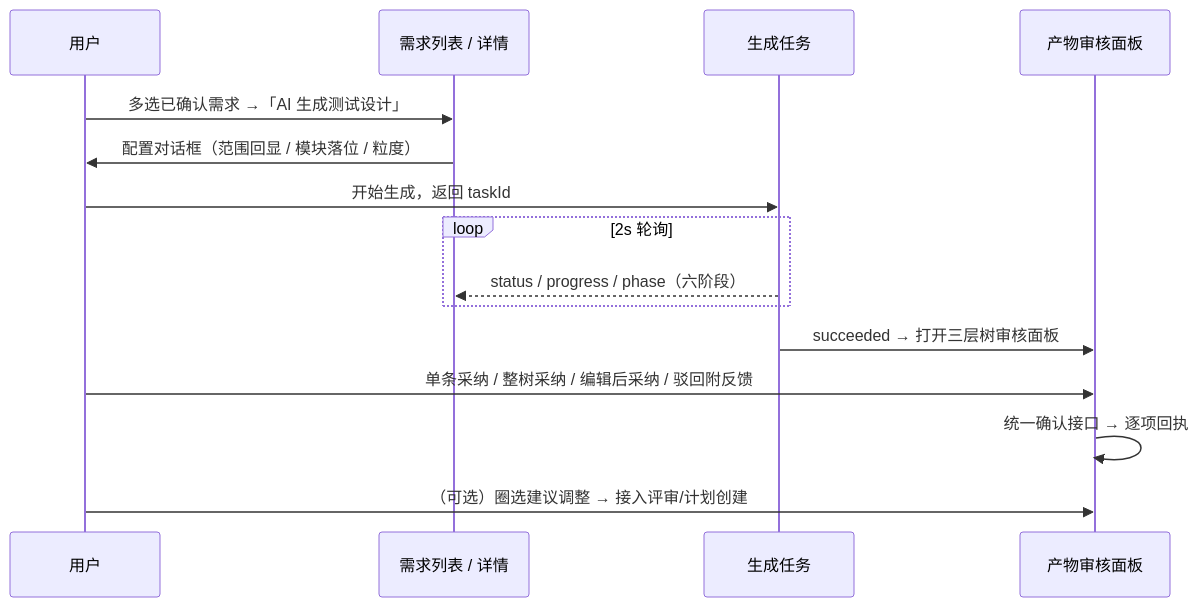
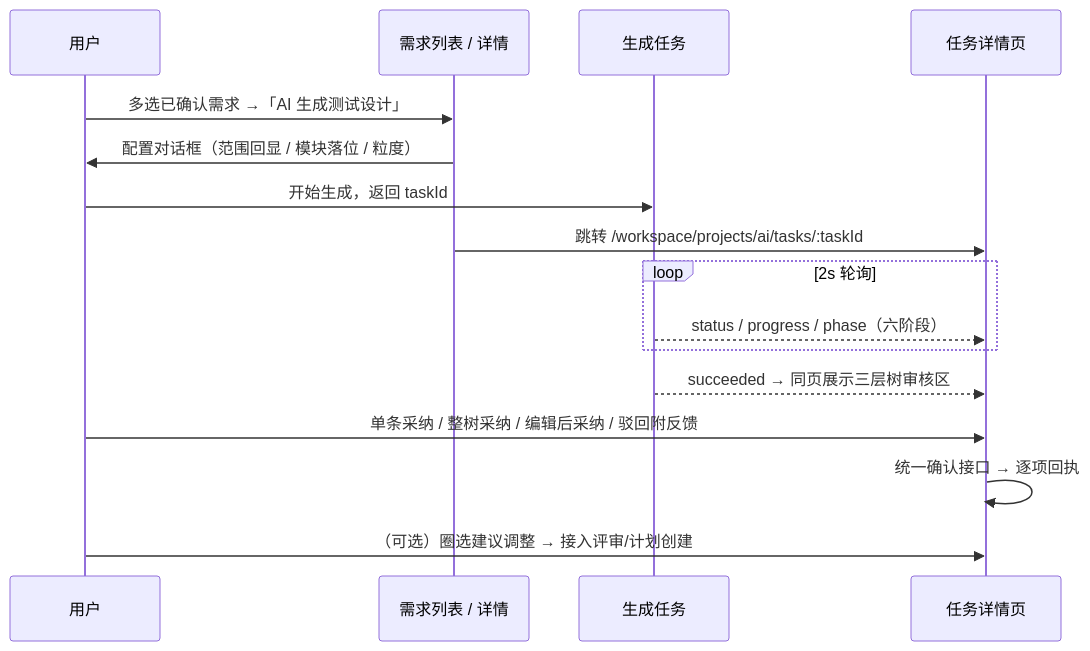
The diagram in docs/05-interaction-design/07-ai-capability/04-ai-generation-ui.md (XiaoMiSum/robotest), drawn with Mermaid before and after one commit. The commit also changed other lines of this file and 3 other files, not shown here.

````diff
--- a/docs/05-interaction-design/07-ai-capability/04-ai-generation-ui.md
+++ b/docs/05-interaction-design/07-ai-capability/04-ai-generation-ui.md
@@ -79,17 +79,18 @@
 ```mermaid
 sequenceDiagram
   participant U as 用户
   participant R as 需求列表 / 详情
   participant G as 生成任务
-  participant P as 产物审核面板
+  participant D as 任务详情页
   U->>R: 多选已确认需求 →「AI 生成测试设计」
   R->>U: 配置对话框（范围回显 / 模块落位 / 粒度）
   U->>G: 开始生成，返回 taskId
+  R->>D: 跳转 /workspace/projects/ai/tasks/:taskId
   loop 2s 轮询
-    G-->>R: status / progress / phase（六阶段）
+    G-->>D: status / progress / phase（六阶段）
   end
-  G->>P: succeeded → 打开三层树审核面板
-  U->>P: 单条采纳 / 整树采纳 / 编辑后采纳 / 驳回附反馈
-  P->>P: 统一确认接口 → 逐项回执
-  U->>P: （可选）圈选建议调整 → 接入评审/计划创建
+  G-->>D: succeeded → 同页展示三层树审核区
+  U->>D: 单条采纳 / 整树采纳 / 编辑后采纳 / 驳回附反馈
+  D->>D: 统一确认接口 → 逐项回执
+  U->>D: （可选）圈选建议调整 → 接入评审/计划创建
 ```
````
